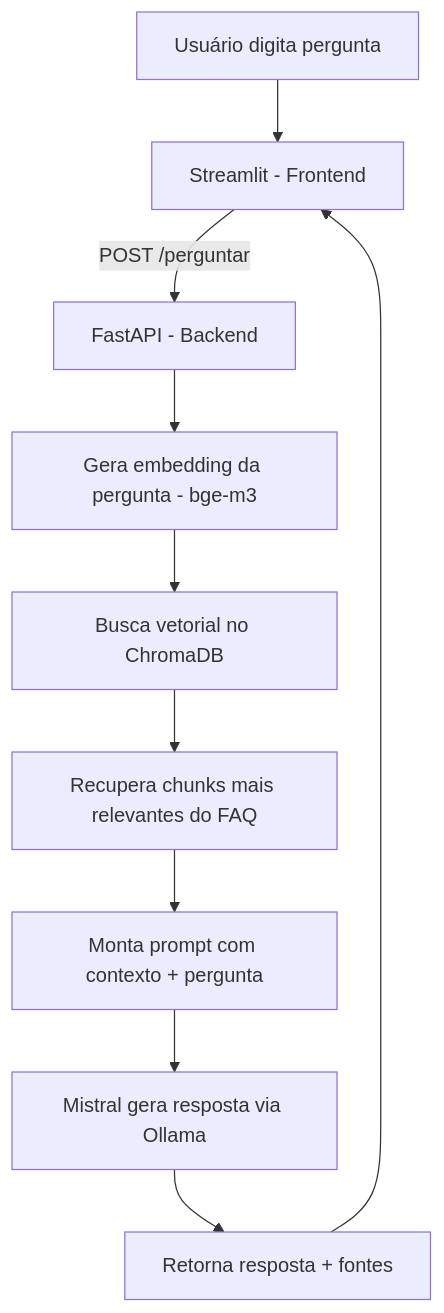
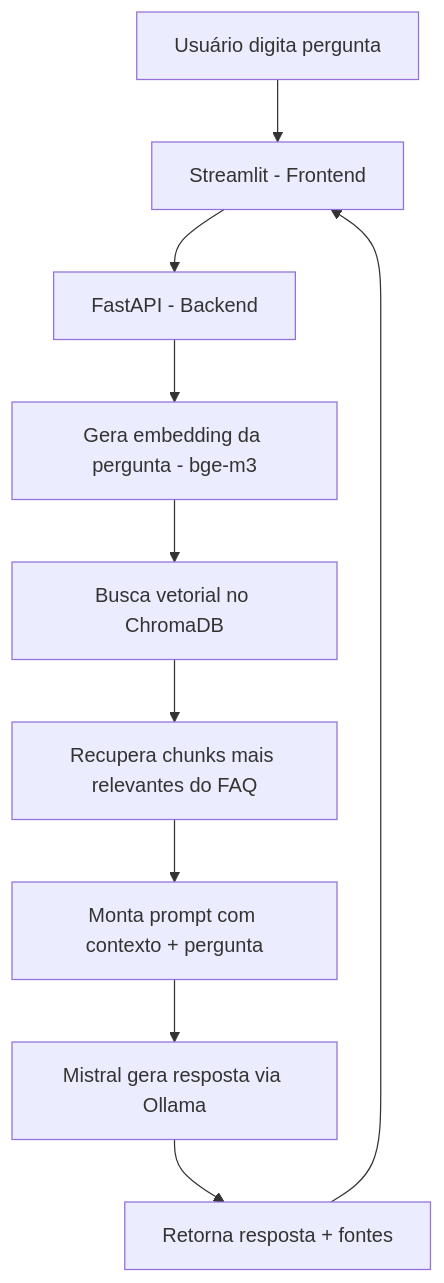
The diagram in README.md (sarahsalvino/Chatbot---FAQ-Spotify), drawn with Mermaid before and after one commit.

Commit message:
Fix flowchart syntax and update quotes in README
Updated flowchart syntax and quotes in README.

````diff
--- a/README.md
+++ b/README.md
@@ -46,12 +46,12 @@
 ```mermaid
-flowchart TD
-    A[Usuário digita pergunta] --> B[Streamlit - Frontend]
-    B -->|POST /perguntar| C[FastAPI - Backend]
-    C --> D[Gera embedding da pergunta - bge-m3]
-    D --> E[Busca vetorial no ChromaDB]
-    E --> F[Recupera chunks mais relevantes do FAQ]
-    F --> G[Monta prompt com contexto + pergunta]
-    G --> H[Mistral gera resposta via Ollama]
-    H --> I[Retorna resposta + fontes]
+graph TD
+    A["Usuário digita pergunta"] --> B["Streamlit - Frontend"]
+    B --> C["FastAPI - Backend"]
+    C --> D["Gera embedding da pergunta - bge-m3"]
+    D --> E["Busca vetorial no ChromaDB"]
+    E --> F["Recupera chunks mais relevantes do FAQ"]
+    F --> G["Monta prompt com contexto + pergunta"]
+    G --> H["Mistral gera resposta via Ollama"]
+    H --> I["Retorna resposta + fontes"]
     I --> B
 ```
````
